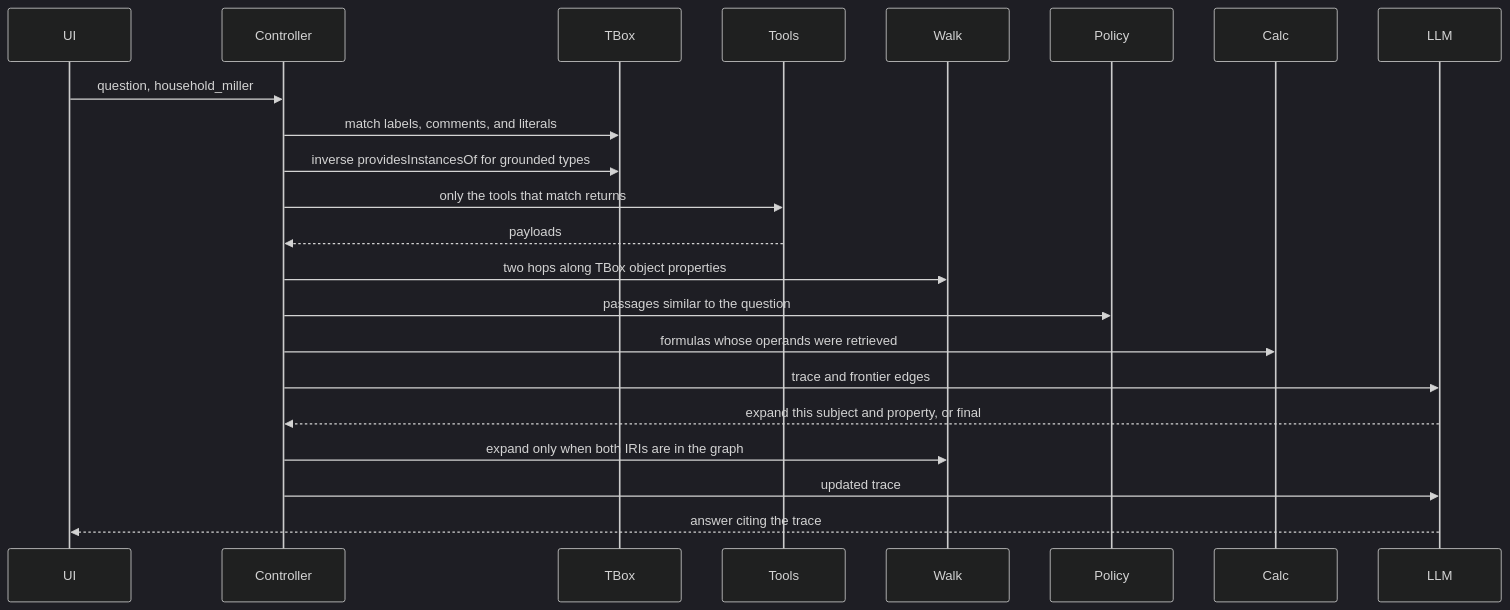
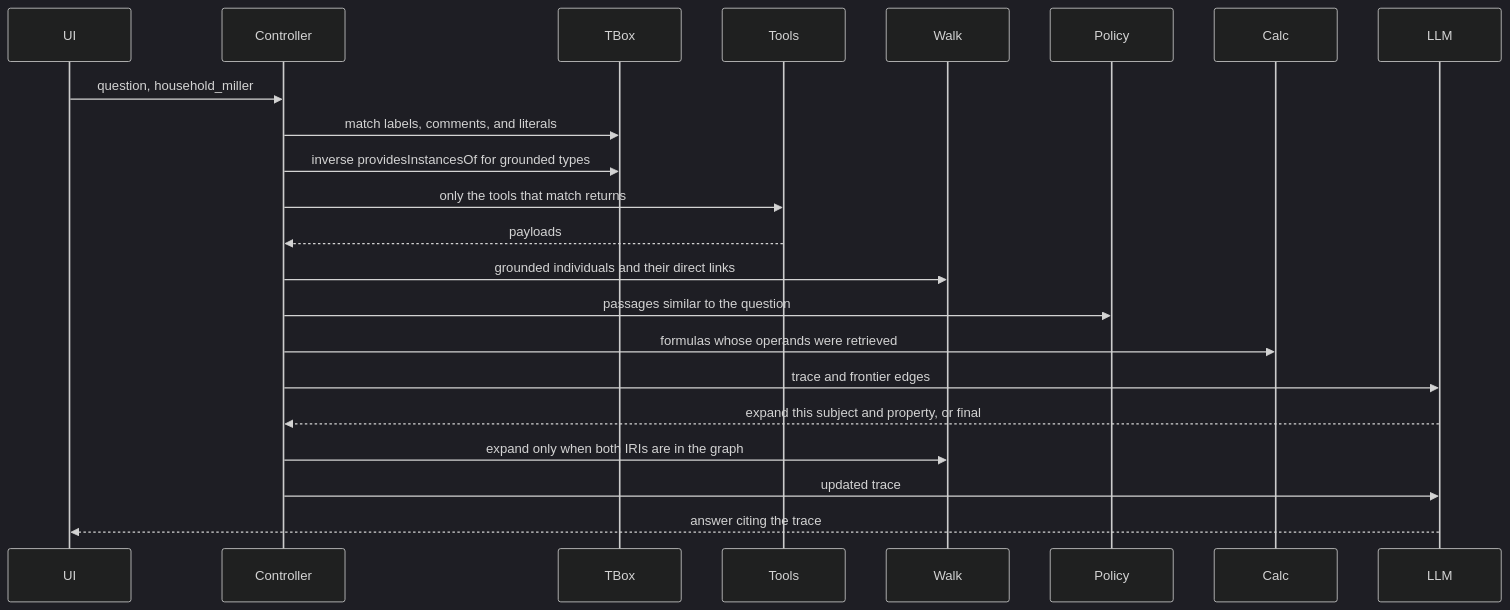
The diagram in demo/README.md (mevansam/wealth-planning-semantic-layer), drawn with Mermaid (dark theme) before and after one commit. The commit also changed other lines of this file, not shown here.

Commit message:
Refine demo README.md to clarify the walking process in the graph, emphasizing the handling of grounded individuals and their direct links, while specifying the exclusion of certain accounts from the trace based on question matching.

````diff
--- a/demo/README.md
+++ b/demo/README.md
@@ -128,25 +128,25 @@
 ```mermaid
 sequenceDiagram
   participant UI
   participant Controller
   participant TBox
   participant Tools
   participant Walk
   participant Policy
   participant Calc
   participant LLM
 
   UI->>Controller: question, household_miller
   Controller->>TBox: match labels, comments, and literals
   Controller->>TBox: inverse providesInstancesOf for grounded types
   Controller->>Tools: only the tools that match returns
   Tools-->>Controller: payloads
-  Controller->>Walk: two hops along TBox object properties
+  Controller->>Walk: grounded individuals and their direct links
   Controller->>Policy: passages similar to the question
   Controller->>Calc: formulas whose operands were retrieved
   Controller->>LLM: trace and frontier edges
   LLM-->>Controller: expand this subject and property, or final
   Controller->>Walk: expand only when both IRIs are in the graph
   Controller->>LLM: updated trace
   LLM-->>UI: answer citing the trace
 ```
````
